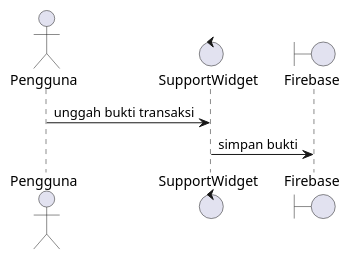
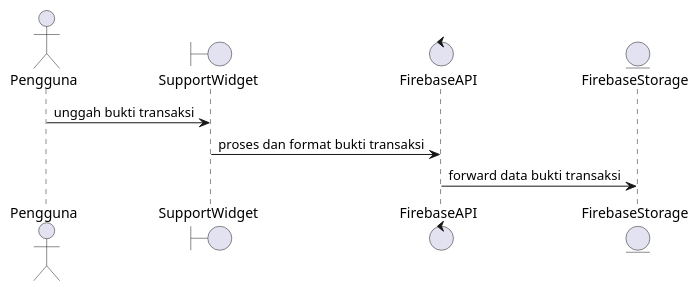
Before and after one commit to stnDinus/skpl_apbo_diagrams: the diagram in up_trx_receipt_seq.puml, drawn with PlantUML. The commit also changed 9 other files, not shown here.

Commit message:
fix: sequence diagram

```diff
--- a/up_trx_receipt_seq.puml
+++ b/up_trx_receipt_seq.puml
@@ -1,8 +1,10 @@
 @startuml
 actor Pengguna
-control SupportWidget
-boundary Firebase
+boundary SupportWidget
+control FirebaseAPI
+entity FirebaseStorage
 
 Pengguna -> SupportWidget: unggah bukti transaksi
-SupportWidget -> Firebase: simpan bukti
+SupportWidget -> FirebaseAPI: proses dan format bukti transaksi
+FirebaseAPI -> FirebaseStorage: forward data bukti transaksi
 @enduml
```
